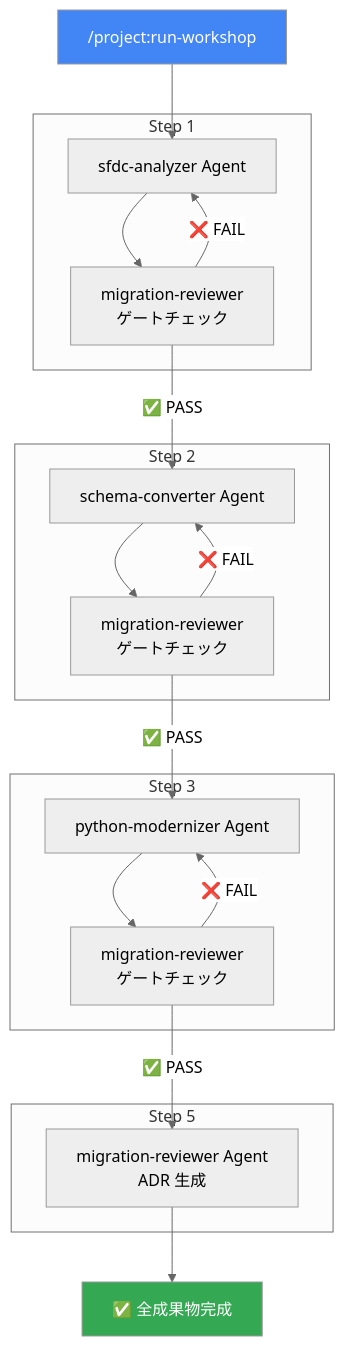
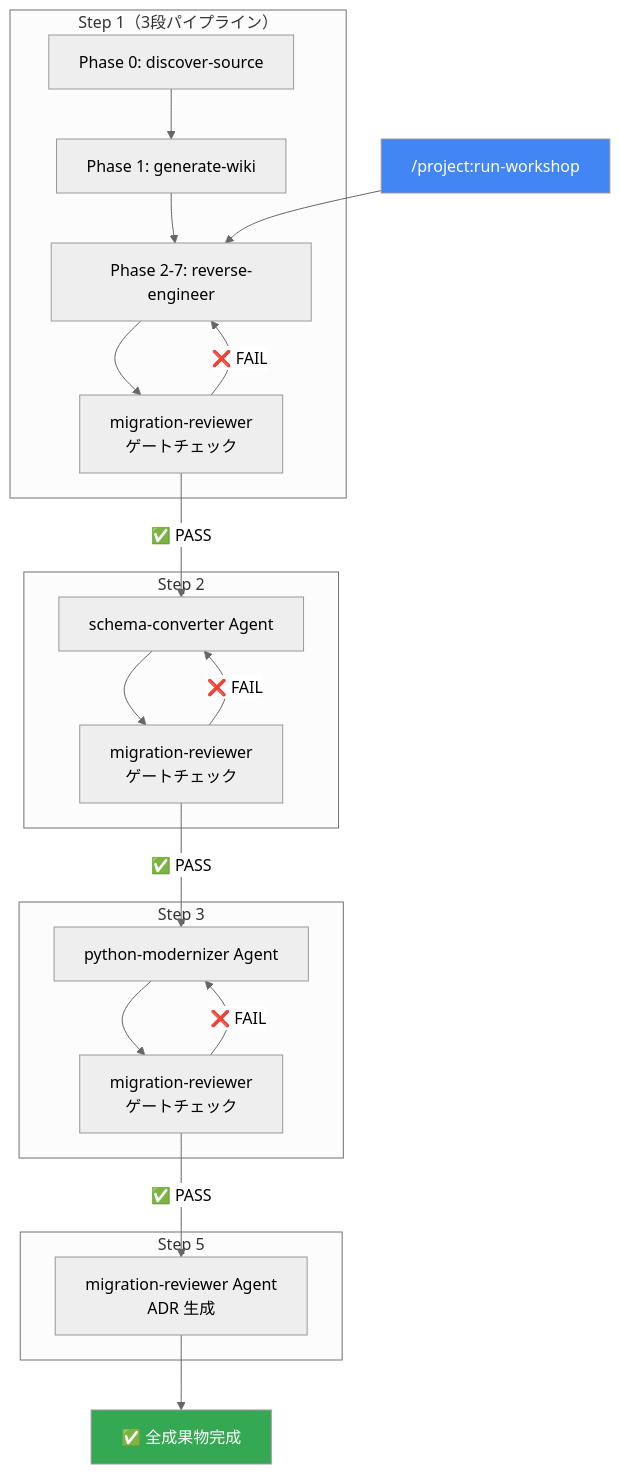
One commit to tyorikan/migration-with-ai changed the eighth of 9 diagrams in workshop-real/README.md. Above: the diagram before and after it, drawn with Mermaid (neutral theme). The commit also changed other lines of this file, not shown here.

First line of the commit message:
fix: README.md の Step 1 を 3段パイプライン（Code Wiki）に全面更新

````diff
--- a/workshop-real/README.md
+++ b/workshop-real/README.md
@@ -396,37 +415,40 @@
 ```mermaid
 flowchart TD
     RW["/project:run-workshop"]
 
-    subgraph "Step 1"
-        S1A["sfdc-analyzer Agent"]
+    subgraph "Step 1（3段パイプライン）"
+        S1P0["Phase 0: discover-source"]
+        S1P1["Phase 1: generate-wiki"]
+        S1A["Phase 2-7: reverse-engineer"]
         S1R["migration-reviewer<br/>ゲートチェック"]
+        S1P0 --> S1P1 --> S1A
     end
 
     subgraph "Step 2"
         S2A["schema-converter Agent"]
         S2R["migration-reviewer<br/>ゲートチェック"]
     end
 
     subgraph "Step 3"
         S3A["python-modernizer Agent"]
         S3R["migration-reviewer<br/>ゲートチェック"]
     end
 
     subgraph "Step 5"
         S5A["migration-reviewer Agent<br/>ADR 生成"]
     end
 
     RW --> S1A --> S1R
     S1R -->|"✅ PASS"| S2A
     S1R -->|"❌ FAIL"| S1A
     S2A --> S2R
     S2R -->|"✅ PASS"| S3A
     S2R -->|"❌ FAIL"| S2A
     S3A --> S3R
     S3R -->|"✅ PASS"| S5A
     S3R -->|"❌ FAIL"| S3A
     S5A --> DONE["✅ 全成果物完成"]
 
     style RW fill:#4285F4,color:#fff
     style DONE fill:#34A853,color:#fff
 ```
````
